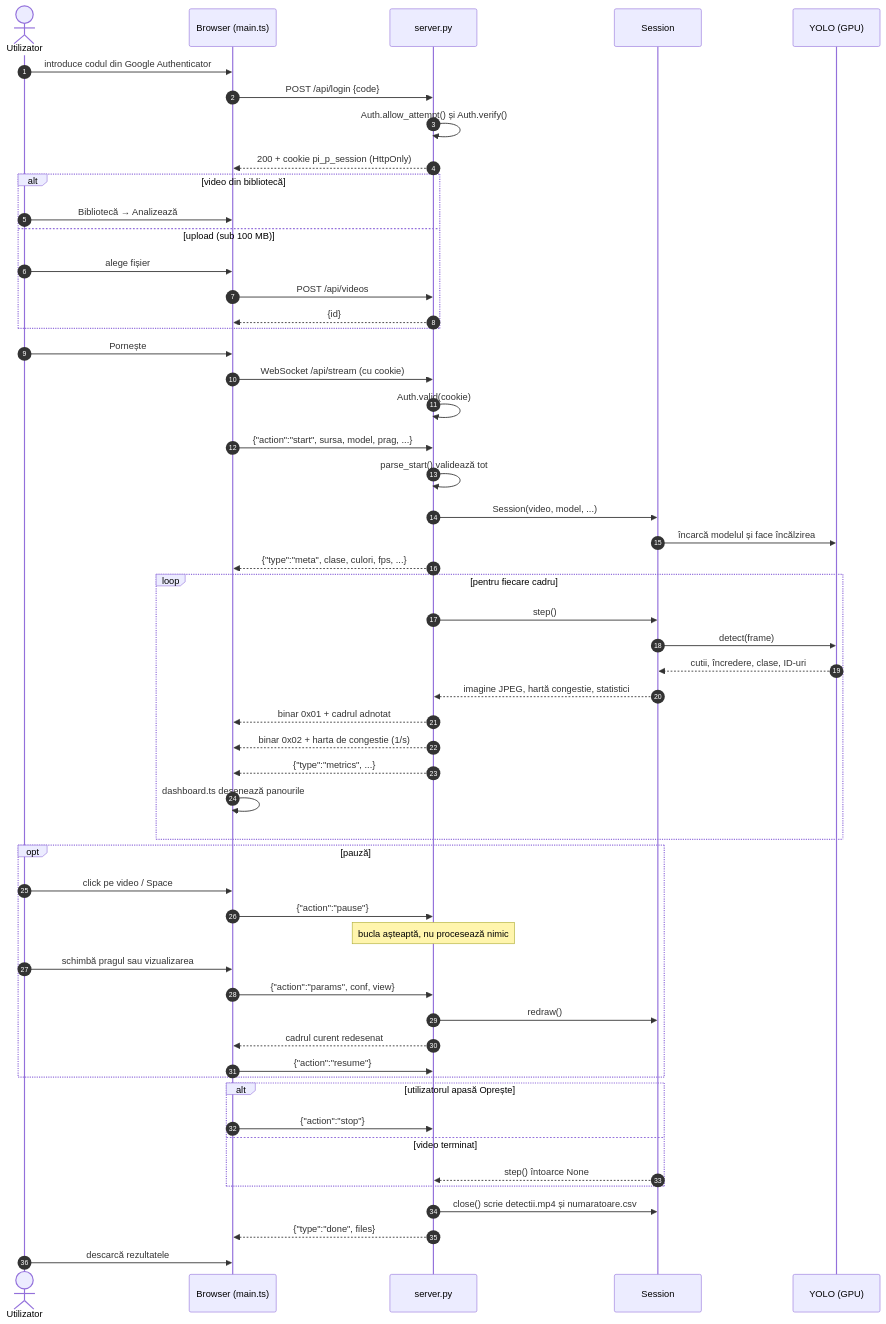
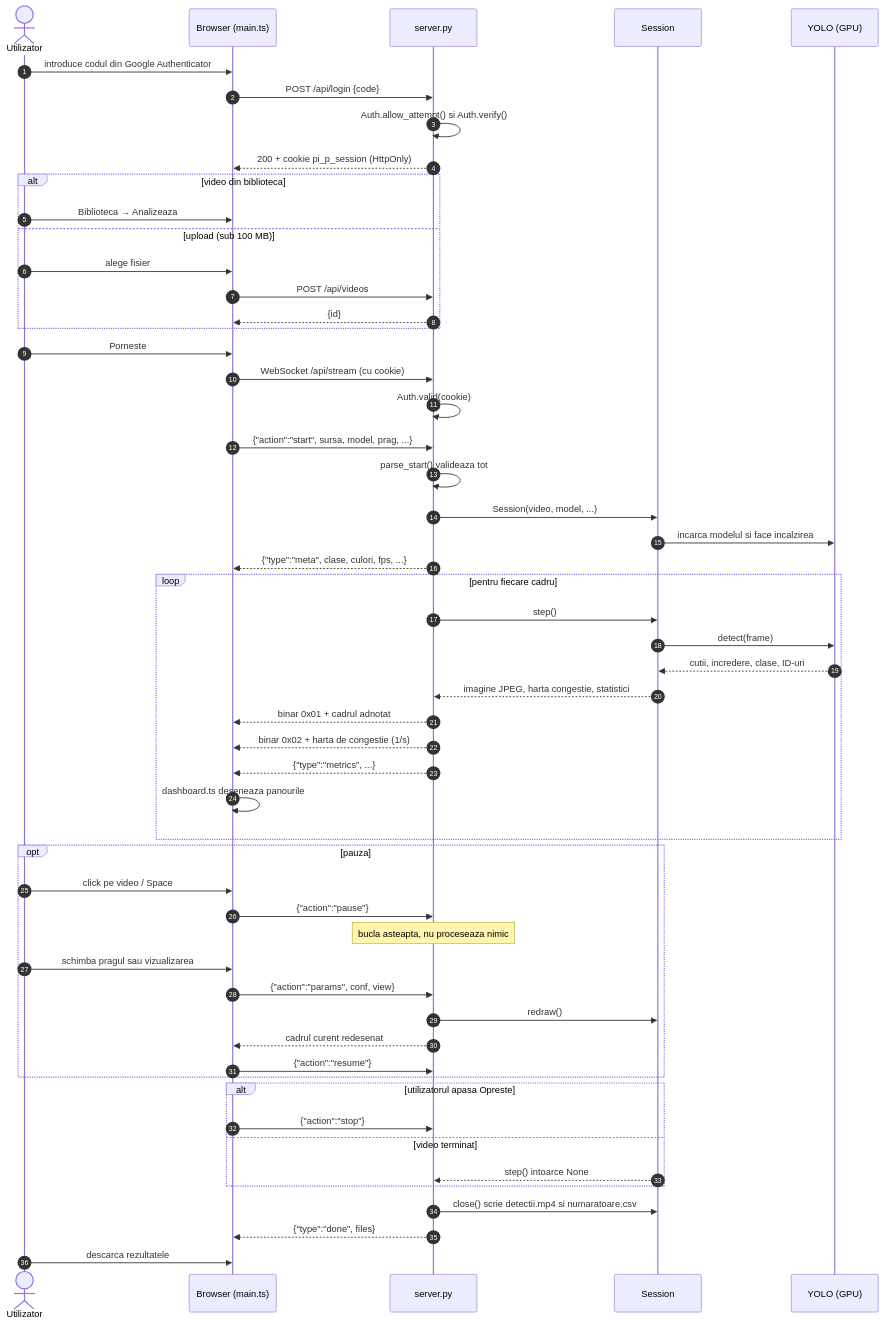
The fourth of 7 diagrams in docs/uml.md (zaha27/pi-p), drawn with Mermaid before and after one commit. The commit also changed other lines of this file and 57 other files, not shown here.

````diff
--- a/docs/uml.md
+++ b/docs/uml.md
@@ -268,62 +268,62 @@
 ```mermaid
 sequenceDiagram
     autonumber
     actor U as Utilizator
     participant B as Browser (main.ts)
     participant S as server.py
     participant SE as Session
     participant M as YOLO (GPU)
 
     U->>B: introduce codul din Google Authenticator
     B->>S: POST /api/login {code}
-    S->>S: Auth.allow_attempt() și Auth.verify()
+    S->>S: Auth.allow_attempt() si Auth.verify()
     S-->>B: 200 + cookie pi_p_session (HttpOnly)
 
-    alt video din bibliotecă
-        U->>B: Bibliotecă → Analizează
+    alt video din biblioteca
+        U->>B: Biblioteca → Analizeaza
     else upload (sub 100 MB)
-        U->>B: alege fișier
+        U->>B: alege fisier
         B->>S: POST /api/videos
         S-->>B: {id}
     end
 
-    U->>B: Pornește
+    U->>B: Porneste
     B->>S: WebSocket /api/stream (cu cookie)
     S->>S: Auth.valid(cookie)
     B->>S: {"action":"start", sursa, model, prag, ...}
-    S->>S: parse_start() validează tot
+    S->>S: parse_start() valideaza tot
     S->>SE: Session(video, model, ...)
-    SE->>M: încarcă modelul și face încălzirea
+    SE->>M: incarca modelul si face incalzirea
     S-->>B: {"type":"meta", clase, culori, fps, ...}
 
     loop pentru fiecare cadru
         S->>SE: step()
         SE->>M: detect(frame)
-        M-->>SE: cutii, încredere, clase, ID-uri
-        SE-->>S: imagine JPEG, hartă congestie, statistici
+        M-->>SE: cutii, incredere, clase, ID-uri
+        SE-->>S: imagine JPEG, harta congestie, statistici
         S-->>B: binar 0x01 + cadrul adnotat
         S-->>B: binar 0x02 + harta de congestie (1/s)
         S-->>B: {"type":"metrics", ...}
-        B->>B: dashboard.ts desenează panourile
+        B->>B: dashboard.ts deseneaza panourile
     end
 
-    opt pauză
+    opt pauza
         U->>B: click pe video / Space
         B->>S: {"action":"pause"}
-        Note over S: bucla așteaptă, nu procesează nimic
-        U->>B: schimbă pragul sau vizualizarea
+        Note over S: bucla asteapta, nu proceseaza nimic
+        U->>B: schimba pragul sau vizualizarea
         B->>S: {"action":"params", conf, view}
         S->>SE: redraw()
         S-->>B: cadrul curent redesenat
         B->>S: {"action":"resume"}
     end
 
-    alt utilizatorul apasă Oprește
+    alt utilizatorul apasa Opreste
         B->>S: {"action":"stop"}
     else video terminat
-        SE-->>S: step() întoarce None
+        SE-->>S: step() intoarce None
     end
-    S->>SE: close() scrie detectii.mp4 și numaratoare.csv
+    S->>SE: close() scrie detectii.mp4 si numaratoare.csv
     S-->>B: {"type":"done", files}
-    U->>B: descarcă rezultatele
+    U->>B: descarca rezultatele
 ```
````
